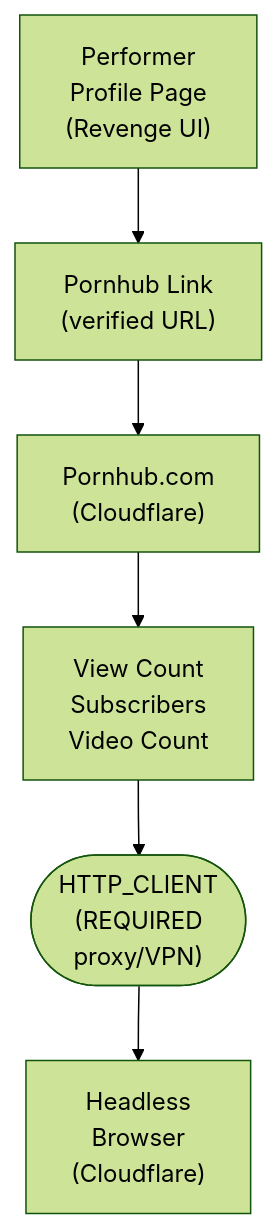
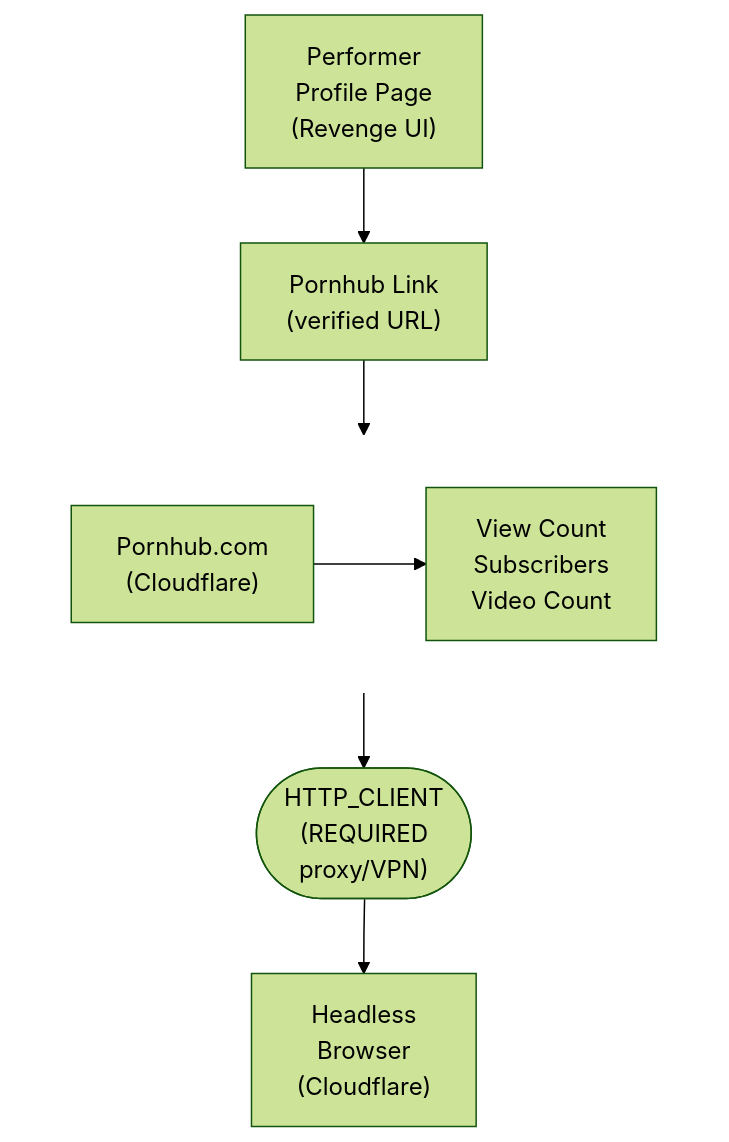
Before and after one commit to lusoris/revenge: the diagram in docs/dev/design/integrations/metadata/adult/PORNHUB.md, drawn with Mermaid (forest theme). The commit also changed 210 other files, not shown here.

First line of the commit message:
feat(docs): Add horizontal layout support for Mermaid diagrams

````diff
--- a/docs/dev/design/integrations/metadata/adult/PORNHUB.md
+++ b/docs/dev/design/integrations/metadata/adult/PORNHUB.md
@@ -61,14 +61,20 @@
 ```mermaid
 flowchart TD
     node1["Performer<br/>Profile Page<br/>(Revenge UI)"]
     node2["Pornhub Link<br/>(verified URL)"]
-    node3["Pornhub.com<br/>(Cloudflare)"]
-    node4["View Count<br/>Subscribers<br/>Video Count"]
+    subgraph row1[ ]
+        direction LR
+        node3["Pornhub.com<br/>(Cloudflare)"]
+        node4["View Count<br/>Subscribers<br/>Video Count"]
+    end
     node5(["HTTP_CLIENT<br/>(REQUIRED<br/>proxy/VPN)"])
     node6["Headless<br/>Browser<br/>(Cloudflare)"]
     node3 --> node4
     node1 --> node2
     node2 --> node3
     node4 --> node5
     node5 --> node6
+
+    %% Hide row subgraph borders
+    style row1 fill:transparent,stroke:transparent
 ```
````
